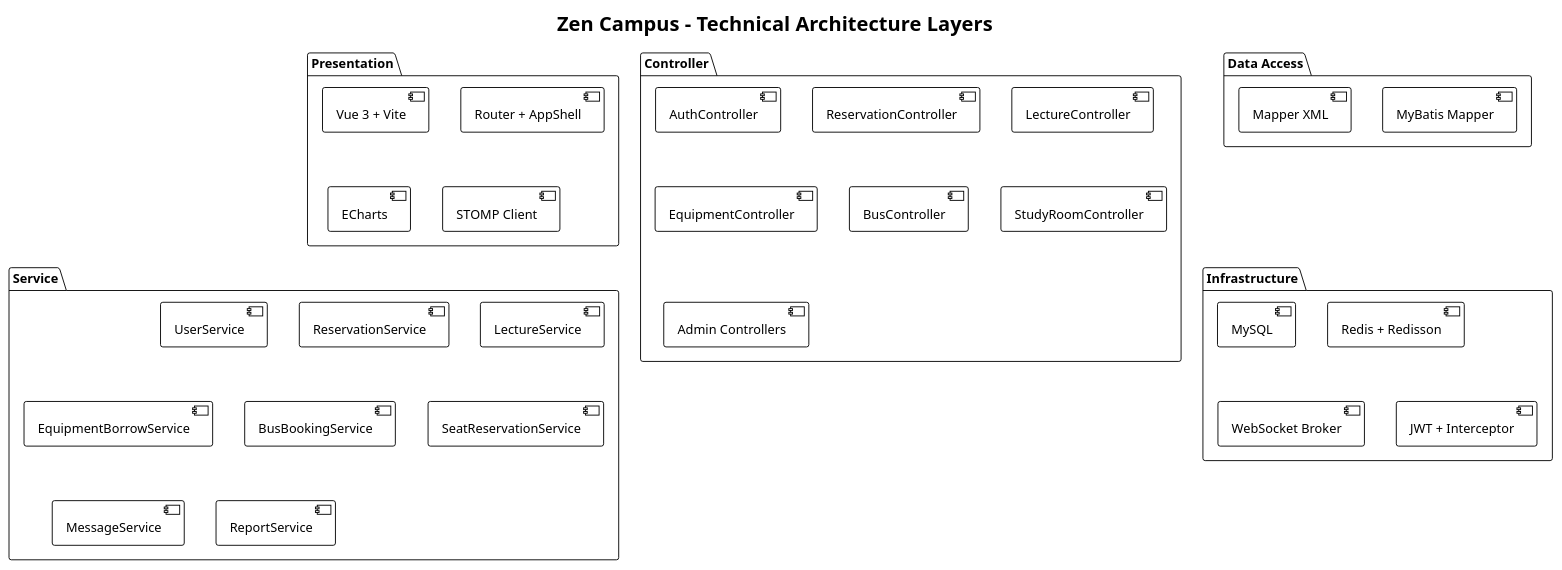
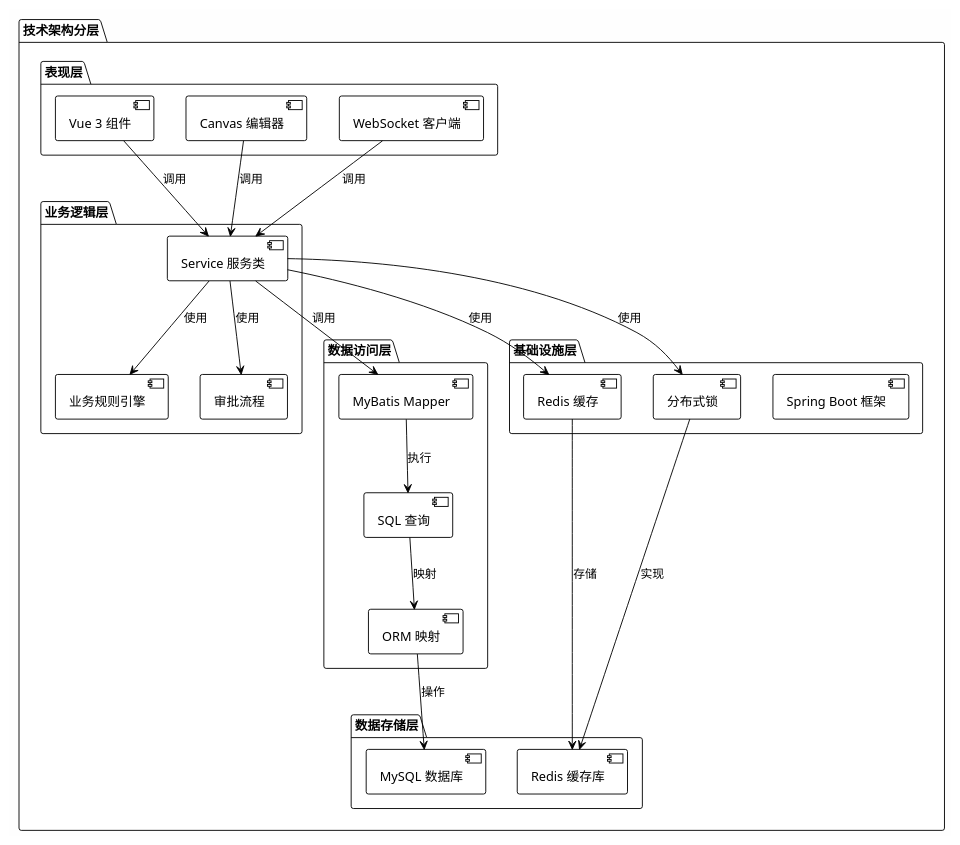
The diagram in report/result/charts/08_Technical_Architecture_Layers.puml (ooyyh/zen), drawn with PlantUML before and after one commit. The commit also changed 40 other files, not shown here.

```diff
--- a/report/result/charts/08_Technical_Architecture_Layers.puml
+++ b/report/result/charts/08_Technical_Architecture_Layers.puml
@@ -1,47 +1,51 @@
-@startuml Technical Layers
+@startuml Technical_Architecture_Layers
 !theme plain
-skinparam backgroundColor #FFFFFF
+skinparam backgroundColor #FEFEFE
+skinparam classBackgroundColor #F0F0F0
 
-title Zen Campus - Technical Architecture Layers
+package "技术架构分层" {
+    package "表现层" {
+        component [Vue 3 组件] as Vue
+        component [Canvas 编辑器] as Canvas
+        component [WebSocket 客户端] as WSClient
+    }
 
-package "Presentation" {
-  [Vue 3 + Vite]
-  [Router + AppShell]
-  [ECharts]
-  [STOMP Client]
-}
+    package "业务逻辑层" {
+        component [Service 服务类] as Service
+        component [业务规则引擎] as Rules
+        component [审批流程] as Workflow
+    }
 
-package "Controller" {
-  [AuthController]
-  [ReservationController]
-  [LectureController]
-  [EquipmentController]
-  [BusController]
-  [StudyRoomController]
-  [Admin Controllers]
-}
+    package "数据访问层" {
+        component [MyBatis Mapper] as Mapper
+        component [SQL 查询] as SQL
+        component [ORM 映射] as ORM
+    }
 
-package "Service" {
-  [UserService]
-  [ReservationService]
-  [LectureService]
-  [EquipmentBorrowService]
-  [BusBookingService]
-  [SeatReservationService]
-  [MessageService]
-  [ReportService]
-}
+    package "基础设施层" {
+        component [Spring Boot 框架] as Spring
+        component [Redis 缓存] as Cache
+        component [分布式锁] as Lock
+    }
 
-package "Data Access" {
-  [MyBatis Mapper]
-  [Mapper XML]
-}
+    package "数据存储层" {
+        database [MySQL 数据库] as DB
+        database [Redis 缓存库] as Redis
+    }
 
-package "Infrastructure" {
-  [MySQL]
-  [Redis + Redisson]
-  [WebSocket Broker]
-  [JWT + Interceptor]
+    Vue --> Service : 调用
+    Canvas --> Service : 调用
+    WSClient --> Service : 调用
+    Service --> Rules : 使用
+    Service --> Workflow : 使用
+    Service --> Mapper : 调用
+    Mapper --> SQL : 执行
+    SQL --> ORM : 映射
+    ORM --> DB : 操作
+    Service --> Cache : 使用
+    Service --> Lock : 使用
+    Cache --> Redis : 存储
+    Lock --> Redis : 实现
 }
 
 @enduml
```
